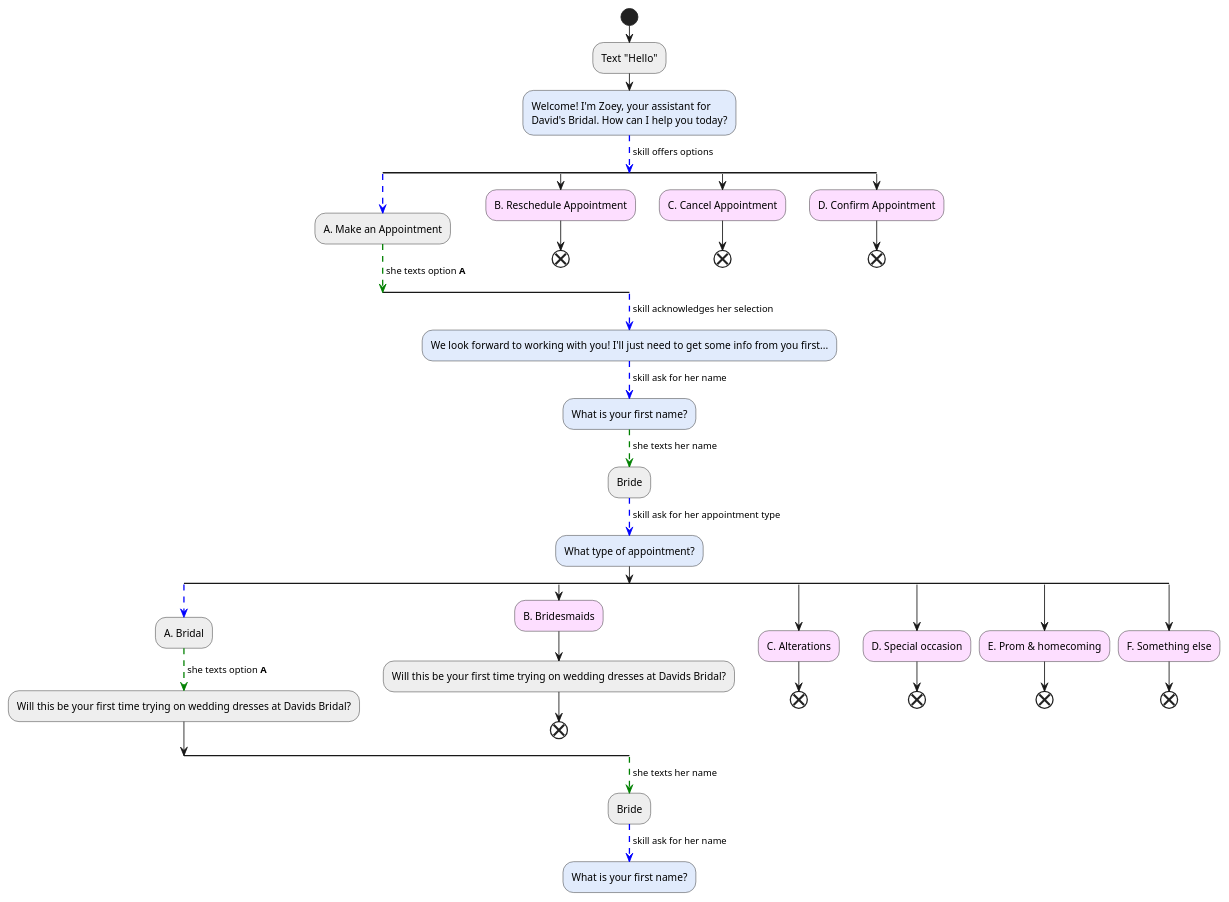
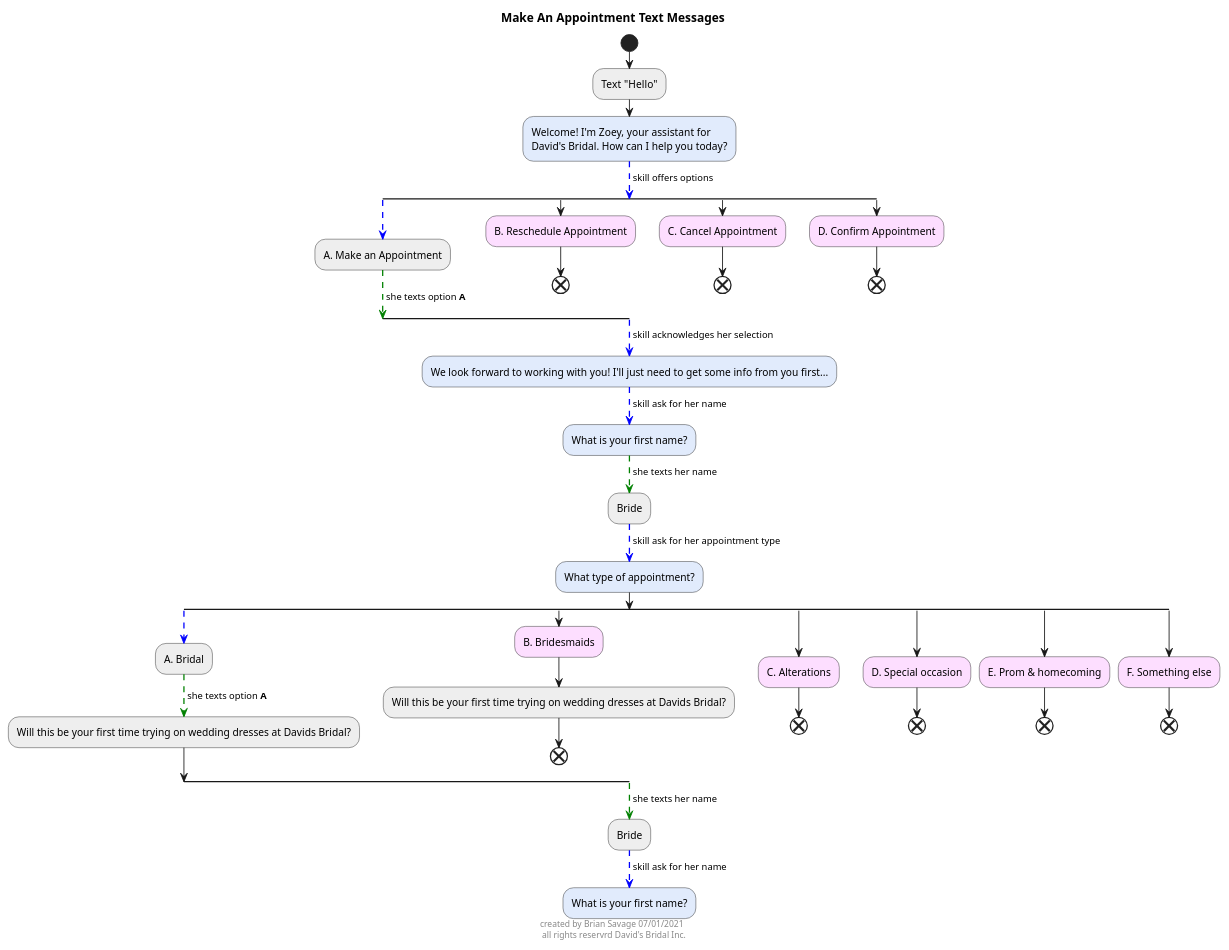
The diagram in diagrams/make-appointment.puml (bsavage-dbi/assets), drawn with PlantUML before and after one commit. The commit also changed 8 other files, not shown here.

```diff
--- a/diagrams/make-appointment.puml
+++ b/diagrams/make-appointment.puml
@@ -1,70 +1,75 @@
 @startuml
 
 skinparam sequence {
     ActivityBarColor #black
 }
+
+footer created by Brian Savage 07/01/2021 \n all rights reservrd David's Bridal Inc.
+
+title Make An Appointment Text Messages
+
 start
 
 #eeeeee:Text "Hello";
 #e1ebfc:Welcome! I'm Zoey, your assistant for
 David's Bridal. How can I help you today?;
 -[#Blue,dashed]-> skill offers options;
 
 split
     -[#blue,dashed]->;
     #eeeeee:A. Make an Appointment;
     -[#green,dashed]-> she texts option <b>A;
 split again
     #fddeff:B. Reschedule Appointment;
     end
 split again
     #fddeff:C. Cancel Appointment;
     end
 split again
     #fddeff:D. Confirm Appointment;
     end
 end split
 
 -[#blue,dashed]-> skill acknowledges her selection;
 #e1ebfc:We look forward to working with you! I'll just need to get some info from you first...;
 
 -[#blue,dashed]-> skill ask for her name;
 #e1ebfc:What is your first name?;
 
 -[#green,dashed]-> she texts her name;
 #eeeeee:Bride;
 
 -[#blue,dashed]-> skill ask for her appointment type;
 #e1ebfc:What type of appointment?;
 
 split
     -[#blue,dashed]->;
     #eeeeee:A. Bridal;
     -[#green,dashed]-> she texts option <b>A;
     #eeeeee:Will this be your first time trying on wedding dresses at Davids Bridal?;
 
 split again
     #fddeff:B. Bridesmaids;
     #eeeeee:Will this be your first time trying on wedding dresses at Davids Bridal?;
     end
 split again
     #fddeff:C. Alterations;
     end
 split again
     #fddeff:D. Special occasion;
     end
 split again
     #fddeff:E. Prom & homecoming;
     end
 split again
     #fddeff:F. Something else;
     end
 end split
 
 -[#green,dashed]-> she texts her name;
 #eeeeee:Bride;
 
 -[#blue,dashed]-> skill ask for her name;
 #e1ebfc:What is your first name?;
 
 @enduml
```
